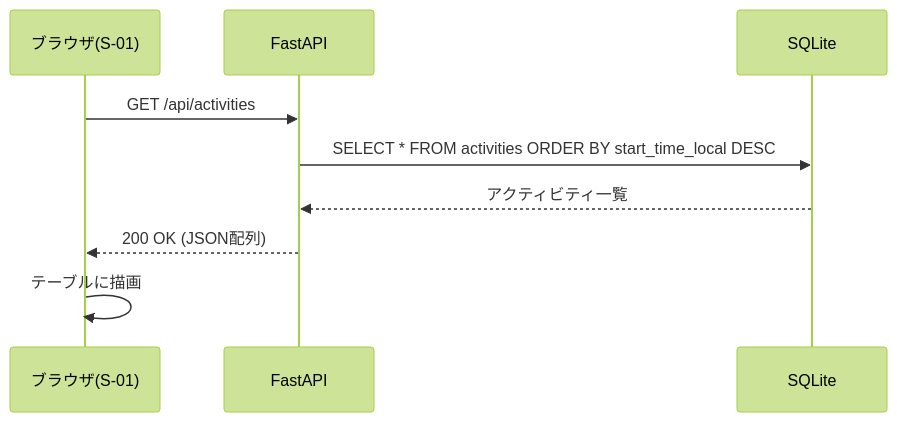
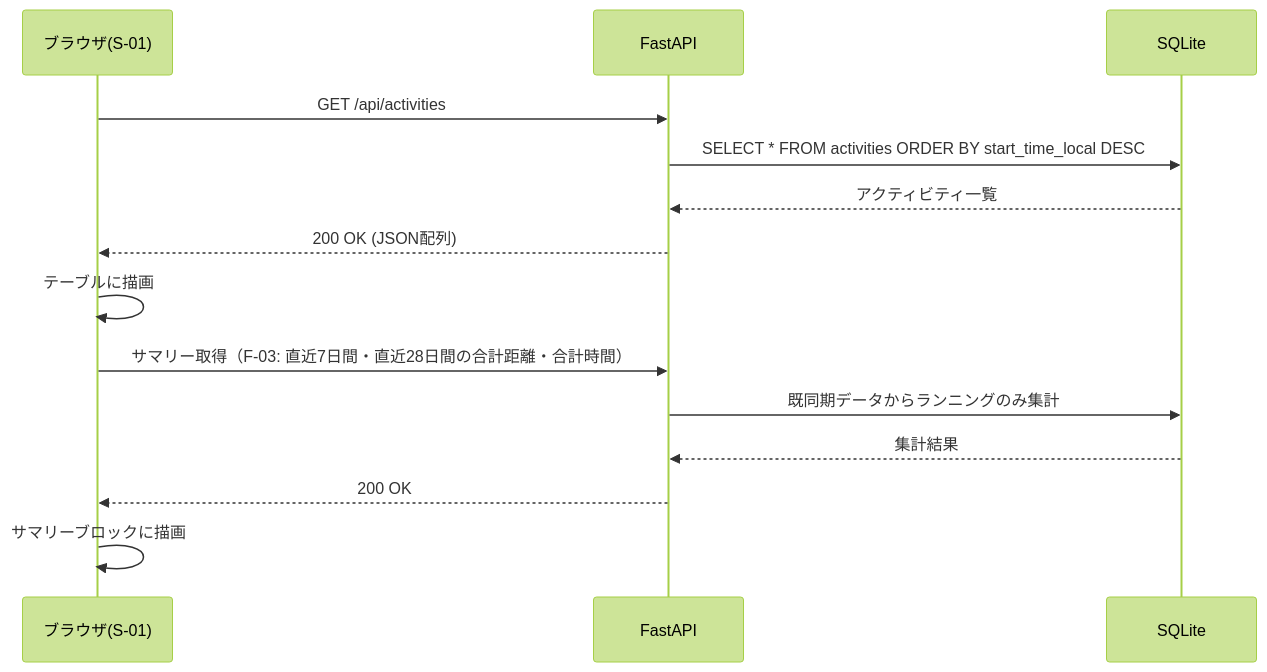
The second of 3 diagrams in docs/03_画面設計.md (naoya0516/garmin), drawn with Mermaid (forest theme) before and after one commit. The commit also changed other lines of this file and 3 other files, not shown here.

````diff
--- a/docs/03_画面設計.md
+++ b/docs/03_画面設計.md
@@ -48,12 +56,17 @@
 ```mermaid
 sequenceDiagram
     participant B as ブラウザ(S-01)
     participant API as FastAPI
     participant DB as SQLite
 
     B->>API: GET /api/activities
     API->>DB: SELECT * FROM activities ORDER BY start_time_local DESC
     DB-->>API: アクティビティ一覧
     API-->>B: 200 OK (JSON配列)
     B->>B: テーブルに描画
+    B->>API: サマリー取得（F-03: 直近7日間・直近28日間の合計距離・合計時間）
+    API->>DB: 既同期データからランニングのみ集計
+    DB-->>API: 集計結果
+    API-->>B: 200 OK
+    B->>B: サマリーブロックに描画
 ```
````
